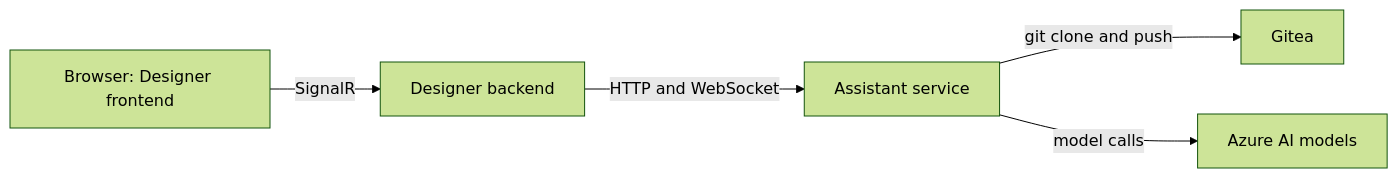
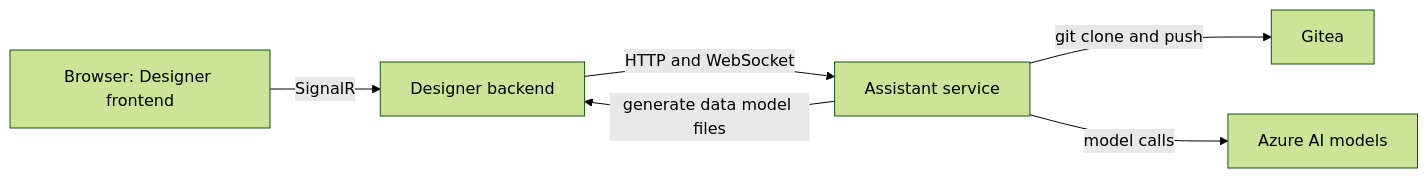
Before and after one commit to Altinn/altinn-studio: the first of 10 diagrams in src/AI/assistant/docs/2-system-context.md, drawn with Mermaid (forest theme). The commit also changed other lines of this file and 34 other files, not shown here.

First line of the commit message:
fix(assistant): generate data model files with Designer

````diff
--- a/src/AI/assistant/docs/2-system-context.md
+++ b/src/AI/assistant/docs/2-system-context.md
@@ -14,7 +14,8 @@
 ```mermaid
 flowchart LR
   B["Browser: Designer frontend"] -->|SignalR| D["Designer backend"]
   D -->|HTTP and WebSocket| A["Assistant service"]
   A -->|git clone and push| G["Gitea"]
+  A -->|generate data model files| D
   A -->|model calls| L["Azure AI models"]
 ```
````
